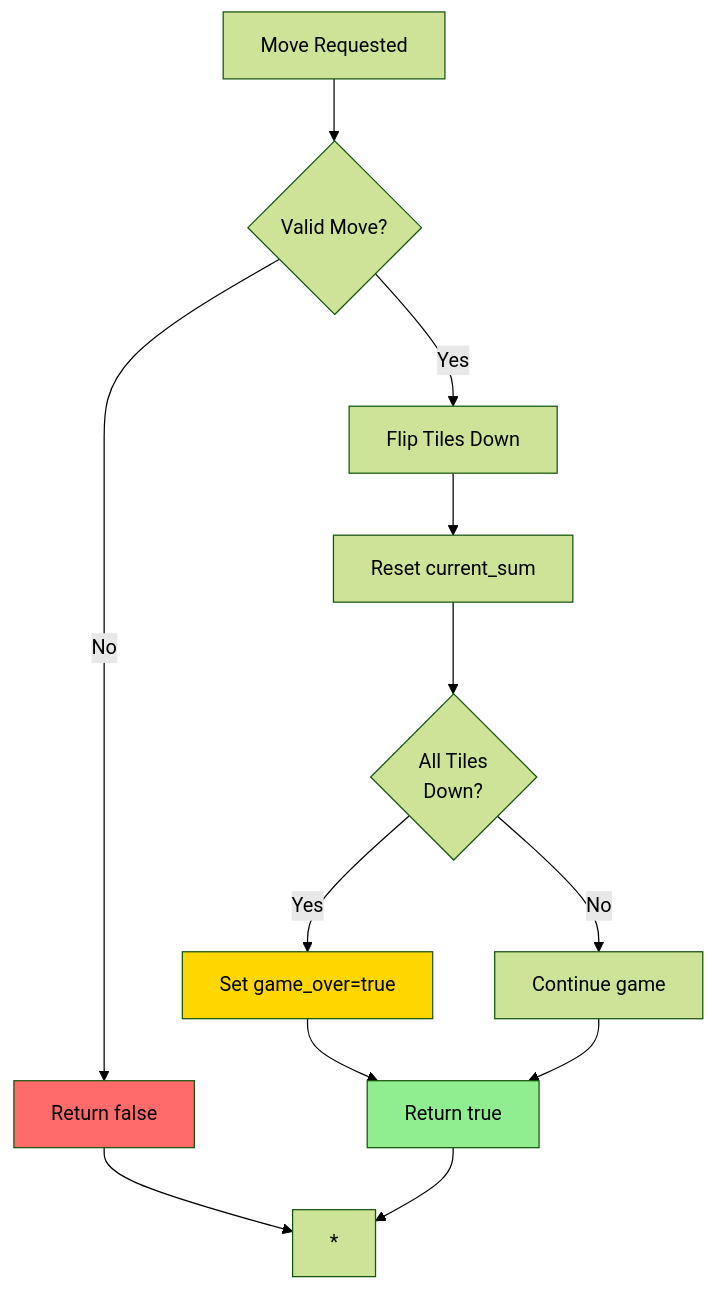
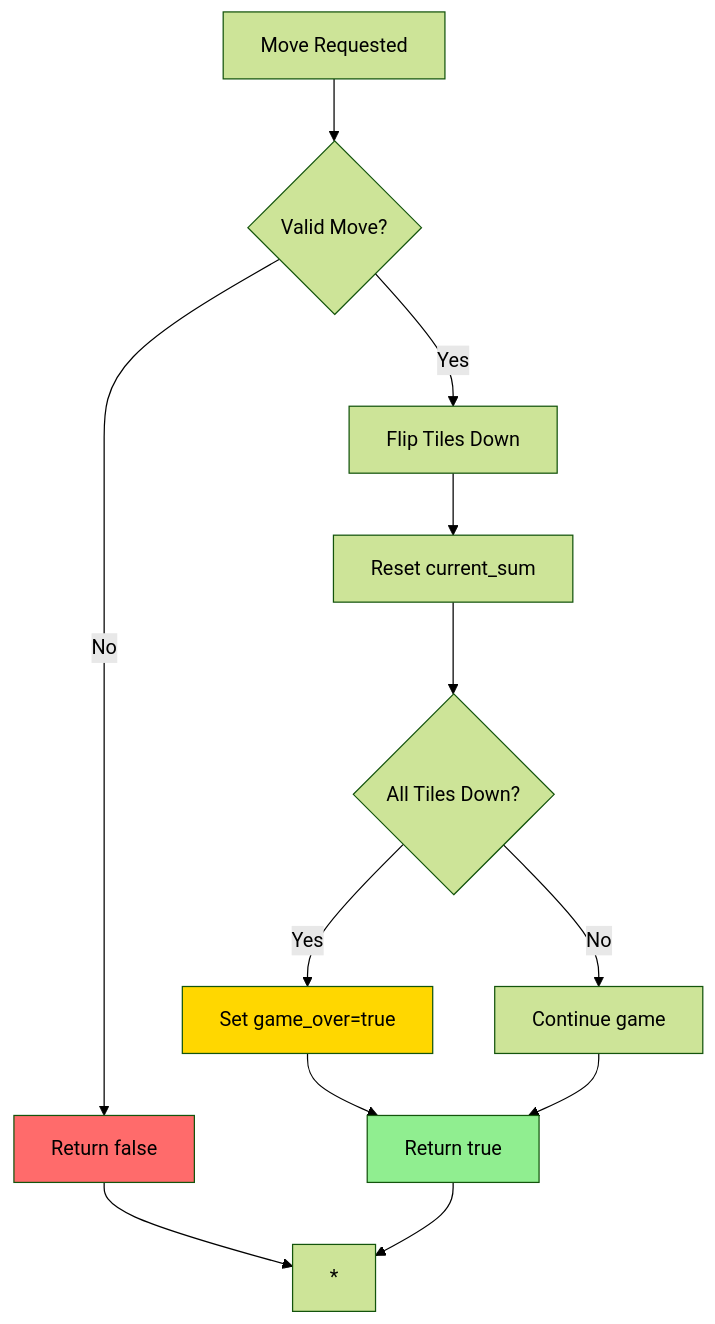
Before and after one commit to softwarewrighter/shut_the_box: the third of 4 diagrams in wiki/Game-Logic.md, drawn with Mermaid (forest theme). The commit also changed other lines of this file and 5 other files, not shown here.

````diff
--- a/wiki/Game-Logic.md
+++ b/wiki/Game-Logic.md
@@ -163,18 +163,18 @@
 ```mermaid
 flowchart TD
     START[Move Requested] --> VALIDATE{Valid Move?}
     VALIDATE -->|No| REJECT[Return false]
     VALIDATE -->|Yes| FLIP[Flip Tiles Down]
     FLIP --> RESET[Reset current_sum]
-    RESET --> CHECK_WIN{All Tiles<br/>Down?}
+    RESET --> CHECK_WIN{All Tiles Down?}
     CHECK_WIN -->|Yes| WIN[Set game_over=true]
     CHECK_WIN -->|No| CONTINUE[Continue game]
     WIN --> SUCCESS[Return true]
     CONTINUE --> SUCCESS
     REJECT --> END[*]
     SUCCESS --> END
 
     style WIN fill:#ffd700
     style REJECT fill:#ff6b6b
     style SUCCESS fill:#90ee90
 ```
````
